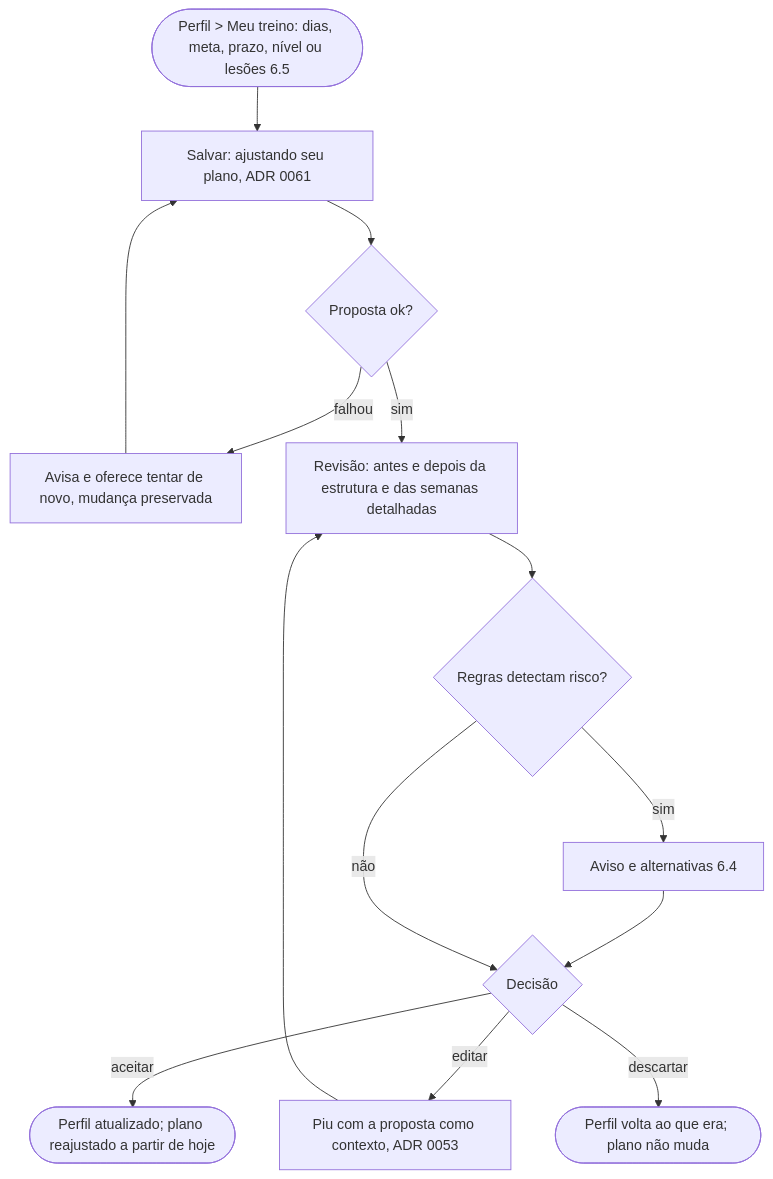
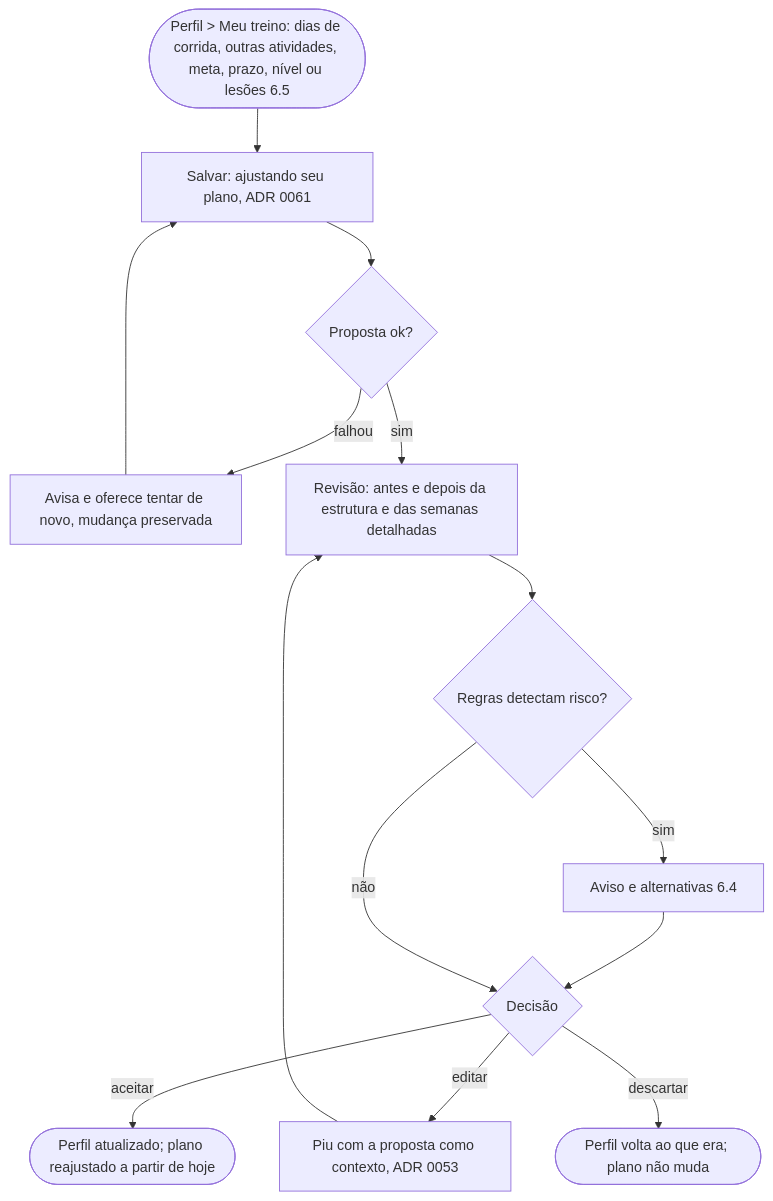
One commit to cruzvini/app-corrida changed diagram 11 of 11 in docs/fluxos.md. Above: the diagram before and after it, drawn with Mermaid. The commit also changed other lines of this file and 2 other files, not shown here.

````diff
--- a/docs/fluxos.md
+++ b/docs/fluxos.md
@@ -272,13 +279,13 @@
 ```mermaid
 flowchart TD
-  A([Perfil > Meu treino: dias, meta, prazo, nível ou lesões 6.5]) --> B[Salvar: ajustando seu plano, ADR 0061]
+  A([Perfil > Meu treino: dias de corrida, outras atividades, meta, prazo, nível ou lesões 6.5]) --> B[Salvar: ajustando seu plano, ADR 0061]
   B --> C{Proposta ok?}
   C -- falhou --> C1[Avisa e oferece tentar de novo, mudança preservada] --> B
   C -- sim --> D[Revisão: antes e depois da estrutura e das semanas detalhadas]
   D --> D1{Regras detectam risco?}
   D1 -- sim --> D2[Aviso e alternativas 6.4] --> E
   D1 -- não --> E{Decisão}
   E -- aceitar --> F([Perfil atualizado; plano reajustado a partir de hoje])
   E -- editar --> G[Piu com a proposta como contexto, ADR 0053] --> D
   E -- descartar --> H([Perfil volta ao que era; plano não muda])
 ```
````
